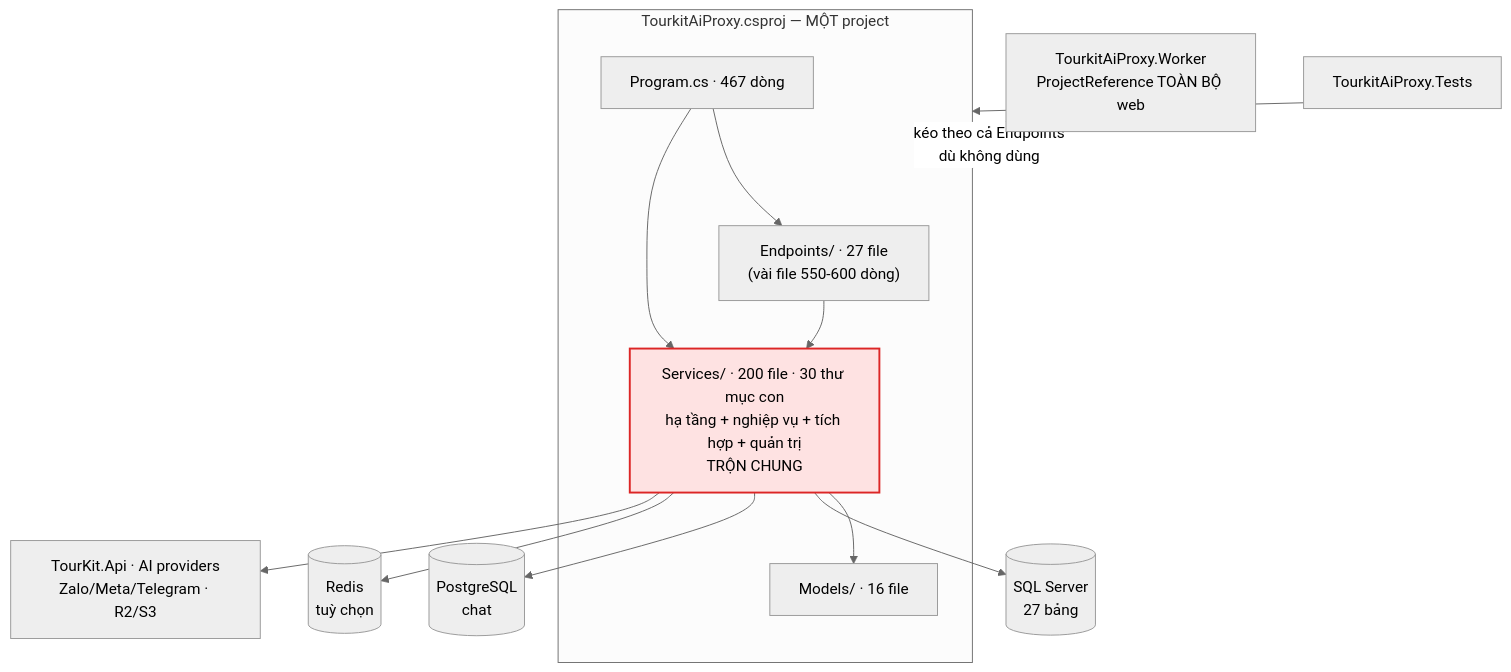
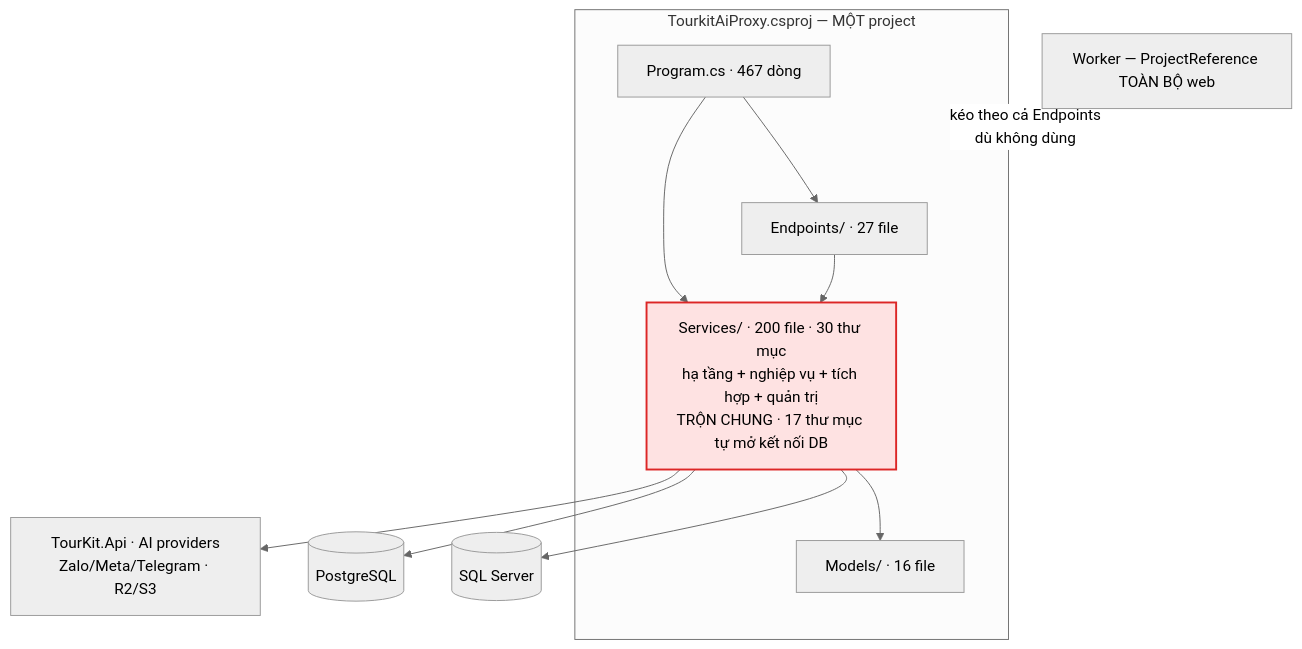
One commit to trieuthang1991/tourkit-ai-proxy changed the first of 2 diagrams in docs/ARCHITECTURE.md. Above: the diagram before and after it, drawn with Mermaid (neutral theme). The commit also changed other lines of this file, not shown here.

````diff
--- a/docs/ARCHITECTURE.md
+++ b/docs/ARCHITECTURE.md
@@ -71,25 +75,21 @@
 ```mermaid
 flowchart TB
   subgraph WEB["TourkitAiProxy.csproj — MỘT project"]
-    EP["Endpoints/ · 27 file<br/>(vài file 550-600 dòng)"]
-    SV["Services/ · 200 file · 30 thư mục con<br/>hạ tầng + nghiệp vụ + tích hợp + quản trị<br/>TRỘN CHUNG"]
+    EP["Endpoints/ · 27 file"]
+    SV["Services/ · 200 file · 30 thư mục<br/>hạ tầng + nghiệp vụ + tích hợp + quản trị<br/>TRỘN CHUNG · 17 thư mục tự mở kết nối DB"]
     MD["Models/ · 16 file"]
     PG["Program.cs · 467 dòng"]
   end
-  WK["TourkitAiProxy.Worker<br/>ProjectReference TOÀN BỘ web"]
-  TS["TourkitAiProxy.Tests"]
+  WK["Worker — ProjectReference TOÀN BỘ web"]
 
   EP --> SV
   SV --> MD
   PG --> EP
   PG --> SV
   WK -.->|"kéo theo cả Endpoints<br/>dù không dùng"| WEB
-  TS --> WEB
-
-  SV --> SQL[("SQL Server<br/>27 bảng")]
-  SV --> PGSQL[("PostgreSQL<br/>chat")]
-  SV --> RD[("Redis<br/>tuỳ chọn")]
-  SV --> UP["TourKit.Api · AI providers<br/>Zalo/Meta/Telegram · R2/S3"]
+  SV --> SQL[("SQL Server")]
+  SV --> PGSQL[("PostgreSQL")]
+  SV --> EXT["TourKit.Api · AI providers<br/>Zalo/Meta/Telegram · R2/S3"]
 
   style SV fill:#FEE2E2,stroke:#DC2626,stroke-width:2px
 ```
````
